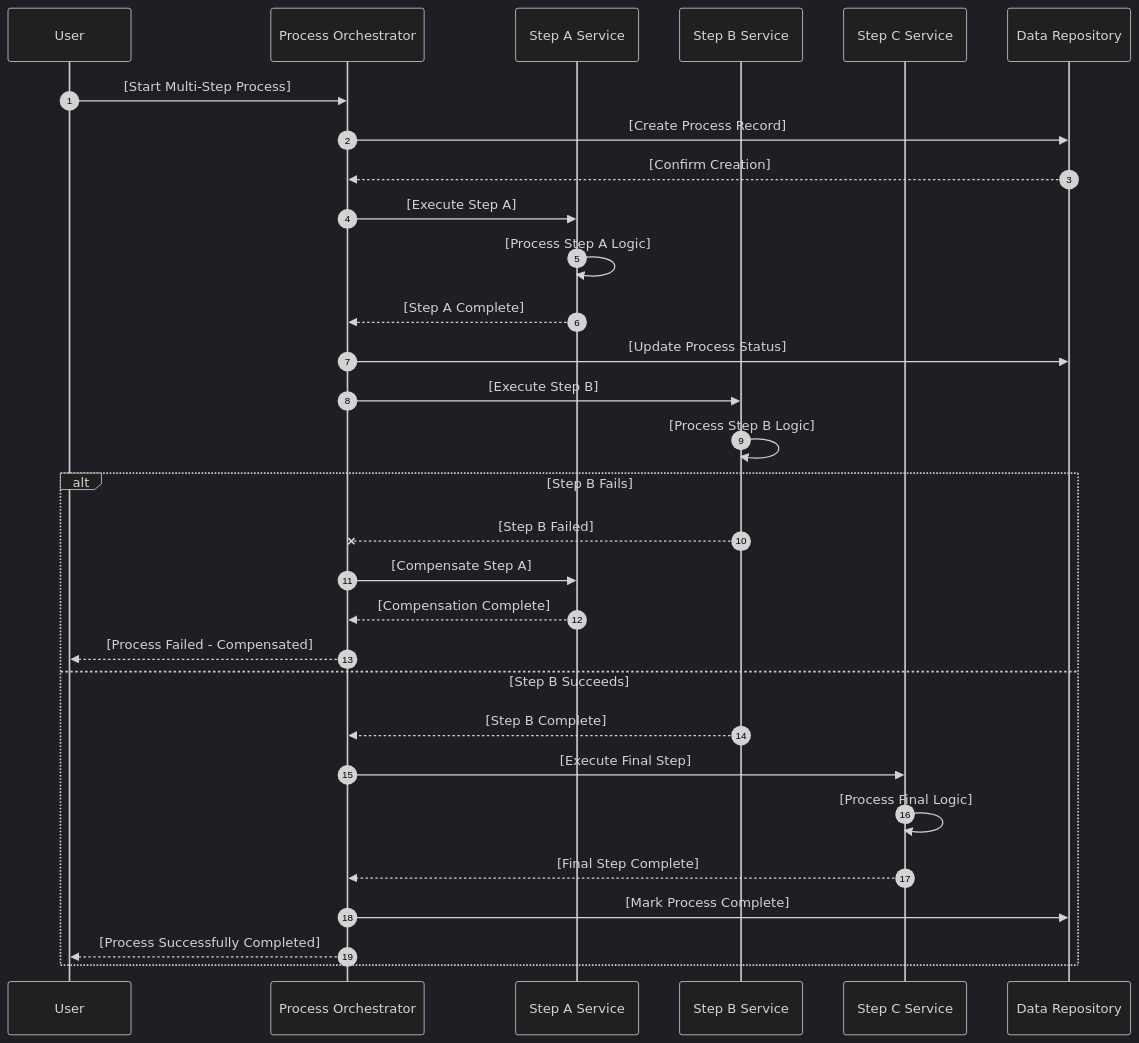
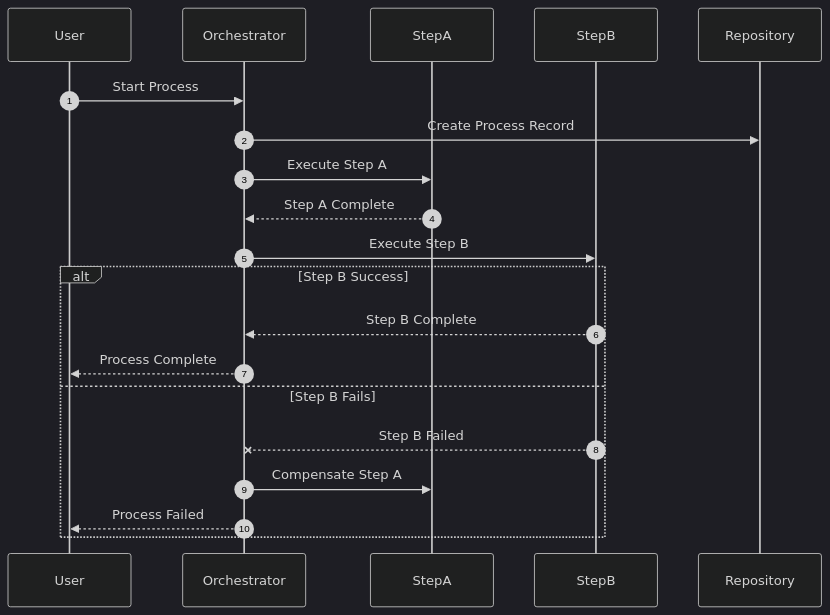
The fifth of 5 diagrams in .gaia/designs/3-sequence.md (frostaura/ai.toolkit.gaia), drawn with Mermaid (dark theme) before and after one commit. The commit also changed other lines of this file and 4 other files, not shown here.

````diff
--- a/.gaia/designs/3-sequence.md
+++ b/.gaia/designs/3-sequence.md
@@ -204,40 +119,25 @@
 ```mermaid
 sequenceDiagram
     autonumber
-    participant User as User
-    participant Orchestrator as Process Orchestrator
-    participant StepA as Step A Service
-    participant StepB as Step B Service
-    participant StepC as Step C Service
-    participant Repository as Data Repository
+    participant User
+    participant Orchestrator
+    participant StepA
+    participant StepB
+    participant Repository
 
-    User->>Orchestrator: [Start Multi-Step Process]
+    User->>Orchestrator: Start Process
+    Orchestrator->>Repository: Create Process Record
+    Orchestrator->>StepA: Execute Step A
+    StepA-->>Orchestrator: Step A Complete
     
-    Orchestrator->>Repository: [Create Process Record]
-    Repository-->>Orchestrator: [Confirm Creation]
+    Orchestrator->>StepB: Execute Step B
     
-    Orchestrator->>StepA: [Execute Step A]
-    StepA->>StepA: [Process Step A Logic]
-    StepA-->>Orchestrator: [Step A Complete]
-    
-    Orchestrator->>Repository: [Update Process Status]
-    
-    Orchestrator->>StepB: [Execute Step B]
-    StepB->>StepB: [Process Step B Logic]
-    
-    alt Step B Fails
-        StepB--xOrchestrator: [Step B Failed]
-        Orchestrator->>StepA: [Compensate Step A]
-        StepA-->>Orchestrator: [Compensation Complete]
-        Orchestrator-->>User: [Process Failed - Compensated]
-    else Step B Succeeds
-        StepB-->>Orchestrator: [Step B Complete]
-        
-        Orchestrator->>StepC: [Execute Final Step]
-        StepC->>StepC: [Process Final Logic]
-        StepC-->>Orchestrator: [Final Step Complete]
-        
-        Orchestrator->>Repository: [Mark Process Complete]
-        Orchestrator-->>User: [Process Successfully Completed]
+    alt Step B Success
+        StepB-->>Orchestrator: Step B Complete
+        Orchestrator-->>User: Process Complete
+    else Step B Fails
+        StepB--xOrchestrator: Step B Failed
+        Orchestrator->>StepA: Compensate Step A
+        Orchestrator-->>User: Process Failed
     end
 ```
````
